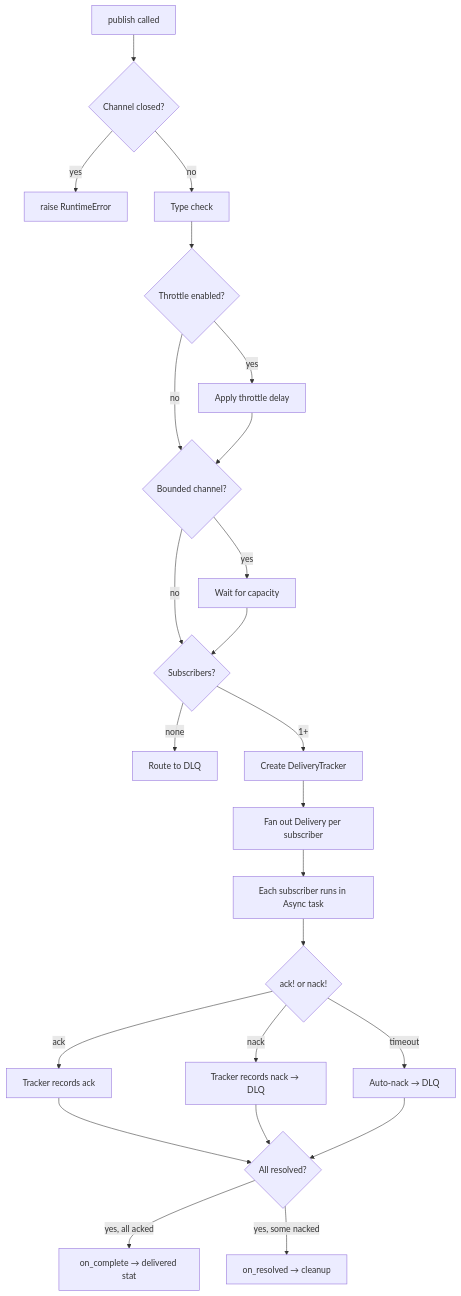
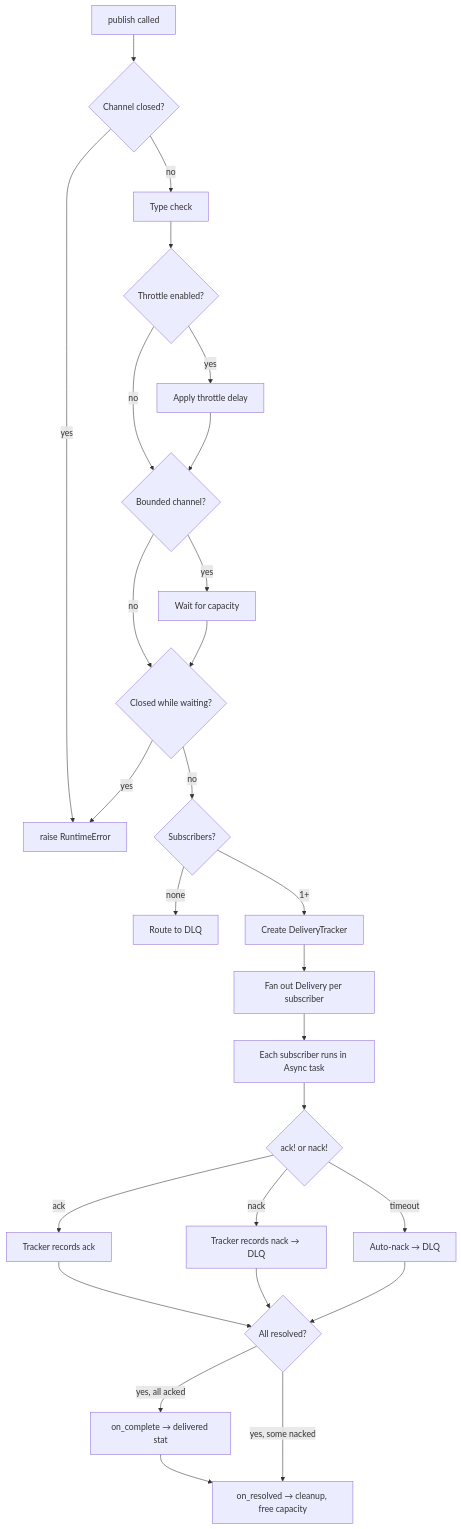
One commit to MadBomber/typed_bus changed the diagram in docs/architecture/publish-flow.md. Above: the diagram before and after it, drawn with Mermaid. The commit also changed other lines of this file and 2 other files, not shown here.

Commit message:
docs: describe closed-channel wakeup for publishers

````diff
--- a/docs/architecture/publish-flow.md
+++ b/docs/architecture/publish-flow.md
@@ -5,26 +5,29 @@
 ```mermaid
 flowchart TD
     A[publish called] --> B{Channel closed?}
     B -- yes --> ERR[raise RuntimeError]
     B -- no --> C[Type check]
     C --> D{Throttle enabled?}
     D -- yes --> E[Apply throttle delay]
     D -- no --> F{Bounded channel?}
     E --> F
     F -- yes --> G[Wait for capacity]
-    F -- no --> H{Subscribers?}
-    G --> H
+    F -- no --> CL{Closed while waiting?}
+    G --> CL
+    CL -- yes --> ERR
+    CL -- no --> H{Subscribers?}
     H -- none --> I[Route to DLQ]
     H -- 1+ --> J[Create DeliveryTracker]
     J --> K[Fan out Delivery per subscriber]
     K --> L[Each subscriber runs in Async task]
     L --> M{ack! or nack!}
     M -- ack --> N[Tracker records ack]
     M -- nack --> O[Tracker records nack → DLQ]
     M -- timeout --> P[Auto-nack → DLQ]
     N --> Q{All resolved?}
     O --> Q
     P --> Q
     Q -- yes, all acked --> R[on_complete → delivered stat]
-    Q -- yes, some nacked --> S[on_resolved → cleanup]
+    R --> S[on_resolved → cleanup, free capacity]
+    Q -- yes, some nacked --> S
 ```
````
